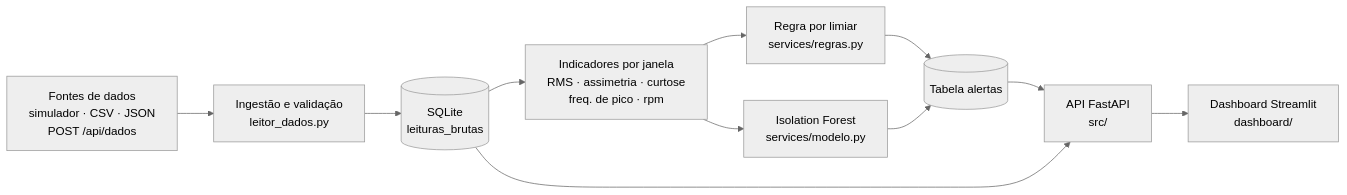
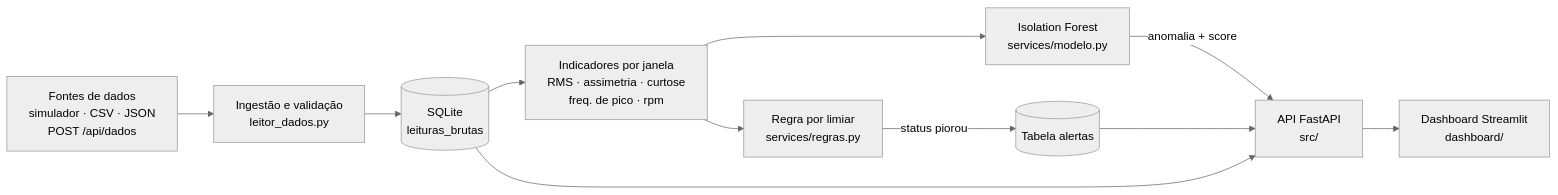
Before and after one commit to iranCosta/Projeto-Aplicado-II: the first of 2 diagrams in Readme.md, drawn with Mermaid (neutral theme). The commit also changed other lines of this file and 13 other files, not shown here.

First line of the commit message:
Alertas: grava quando o status piora, lista e reconhece (RF05/RF06)

````diff
--- a/Readme.md
+++ b/Readme.md
@@ -46,13 +46,13 @@
 ```mermaid
 flowchart LR
     A["Fontes de dados<br/>simulador · CSV · JSON<br/>POST /api/dados"] --> B["Ingestão e validação<br/>leitor_dados.py"]
     B --> C[("SQLite<br/>leituras_brutas")]
     C --> D["Indicadores por janela<br/>RMS · assimetria · curtose<br/>freq. de pico · rpm"]
     D --> E["Regra por limiar<br/>services/regras.py"]
     D --> F["Isolation Forest<br/>services/modelo.py"]
-    E --> G[("Tabela alertas")]
-    F --> G
+    E -->|"status piorou"| G[("Tabela alertas")]
+    F -->|"anomalia + score"| H
     G --> H["API FastAPI<br/>src/"]
     C --> H
     H --> I["Dashboard Streamlit<br/>dashboard/"]
 ```
````
